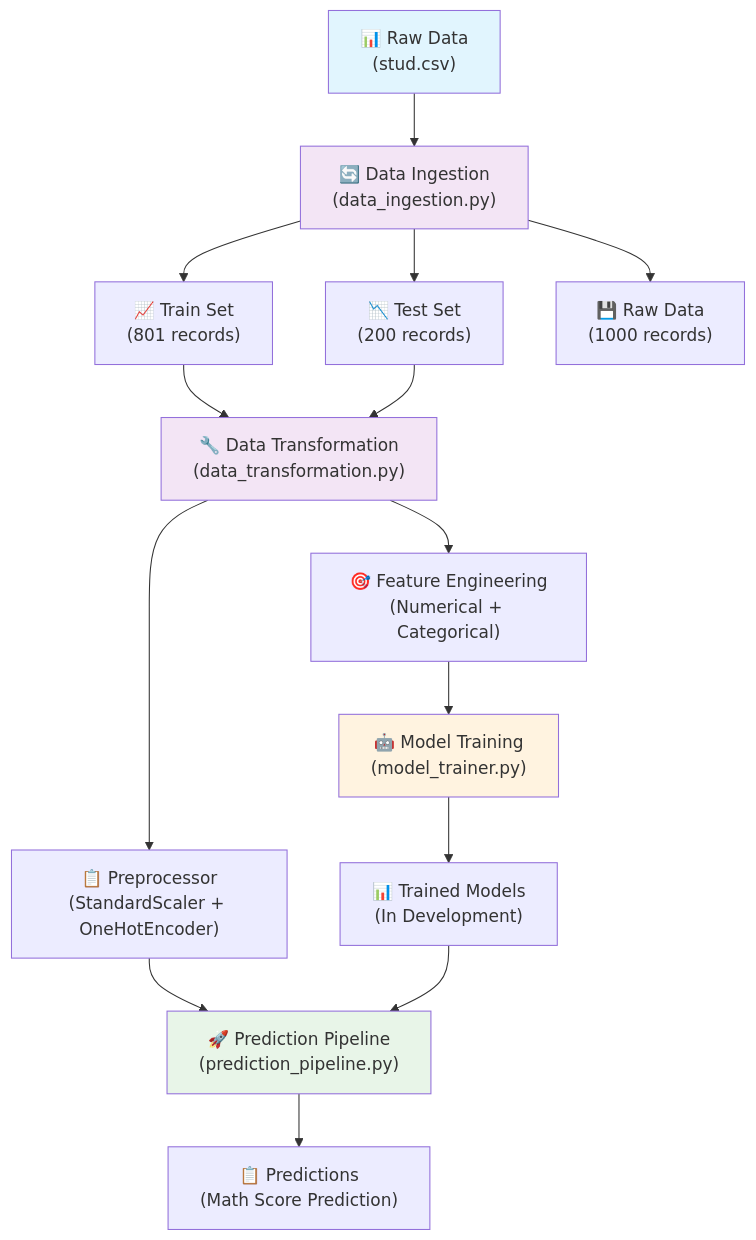
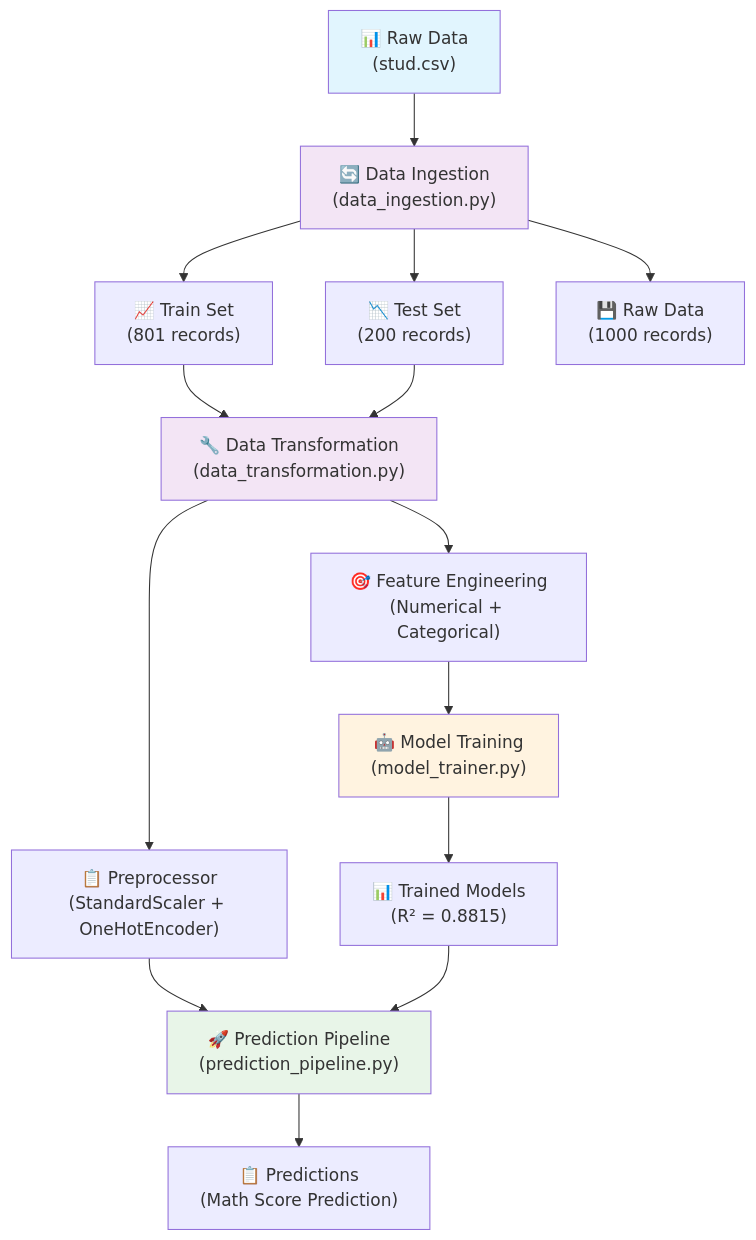
One commit to jagadeshchilla/Student-Perfromance-Predictor changed the diagram in README.md. Above: the diagram before and after it, drawn with Mermaid. The commit also changed other lines of this file and 9 other files, not shown here.

````diff
--- a/README.md
+++ b/README.md
@@ -26,26 +26,26 @@
 ```mermaid
 graph TD
     A["📊 Raw Data<br/>(stud.csv)"] --> B["🔄 Data Ingestion<br/>(data_ingestion.py)"]
     B --> C["📈 Train Set<br/>(801 records)"]
     B --> D["📉 Test Set<br/>(200 records)"]
     B --> E["💾 Raw Data<br/>(1000 records)"]
     
     C --> F["🔧 Data Transformation<br/>(data_transformation.py)"]
     D --> F
     
     F --> G["📋 Preprocessor<br/>(StandardScaler + OneHotEncoder)"]
     F --> H["🎯 Feature Engineering<br/>(Numerical + Categorical)"]
     
     H --> I["🤖 Model Training<br/>(model_trainer.py)"]
-    I --> J["📊 Trained Models<br/>(In Development)"]
+    I --> J["📊 Trained Models<br/>(R² = 0.8815)"]
     
     G --> K["🚀 Prediction Pipeline<br/>(prediction_pipeline.py)"]
     J --> K
     K --> L["📋 Predictions<br/>(Math Score Prediction)"]
     
     style A fill:#e1f5fe
     style B fill:#f3e5f5
     style F fill:#f3e5f5
     style I fill:#fff3e0
     style K fill:#e8f5e8
 ```
````
